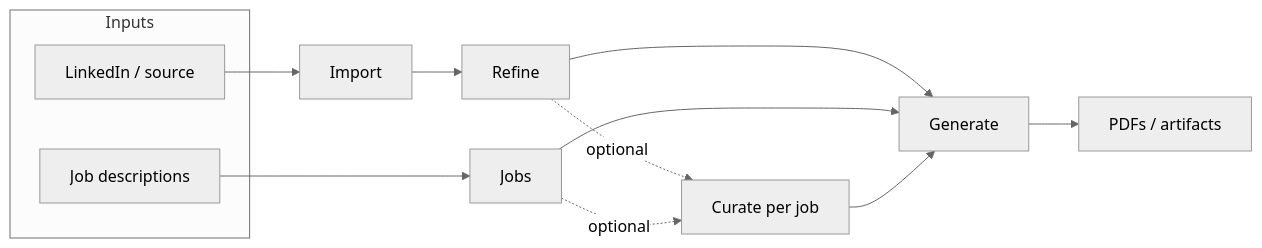
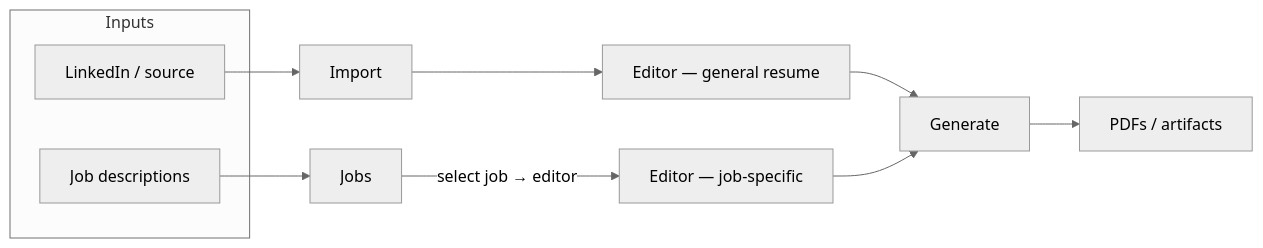
Before and after one commit to impressiver/suited: the diagram in specs/tui-ux.md, drawn with Mermaid (neutral theme). The commit also changed other lines of this file and 38 other files, not shown here.

````diff
--- a/specs/tui-ux.md
+++ b/specs/tui-ux.md
@@ -15,16 +15,14 @@
 ```mermaid
 flowchart LR
   subgraph inputs [Inputs]
     LI[LinkedIn / source]
     JD[Job descriptions]
   end
   LI --> Import[Import]
-  Import --> Refine[Refine]
+  Import --> Editor[Editor — general resume]
   JD --> Jobs[Jobs]
-  Refine --> Gen[Generate]
-  Jobs --> Gen
-  Refine -. optional .-> Curate[Curate per job]
-  Jobs -. optional .-> Curate
-  Curate --> Gen
+  Editor --> Gen[Generate]
+  Jobs -->|select job → editor| JobEditor[Editor — job-specific]
+  JobEditor --> Gen
   Gen --> Out[PDFs / artifacts]
 ```
````
